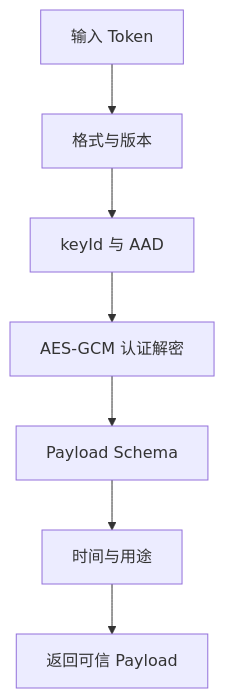
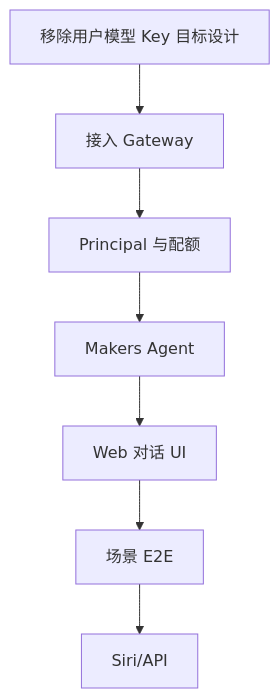
Before and after one commit to zhangys10/mijia-web-console: the diagram in docs/ai-home-implementation-todo.md, drawn with Mermaid. The commit also changed other lines of this file, not shown here.

Commit message:
docs: add Makers Agent and quota implementation plan

````diff
--- a/docs/ai-home-implementation-todo.md
+++ b/docs/ai-home-implementation-todo.md
@@ -132,9 +33,9 @@
 ```mermaid
 flowchart TD
-    A["输入 Token"] --> B["格式与版本"]
-    B --> C["keyId 与 AAD"]
-    C --> D["AES-GCM 认证解密"]
-    D --> E["Payload Schema"]
-    E --> F["时间与用途"]
-    F --> G["返回可信 Payload"]
+    A["移除用户模型 Key 目标设计"] --> B["接入 Gateway"]
+    B --> C["Principal 与配额"]
+    C --> D["Makers Agent"]
+    D --> E["Web 对话 UI"]
+    E --> F["场景 E2E"]
+    F --> G["Siri/API"]
 ```
````
